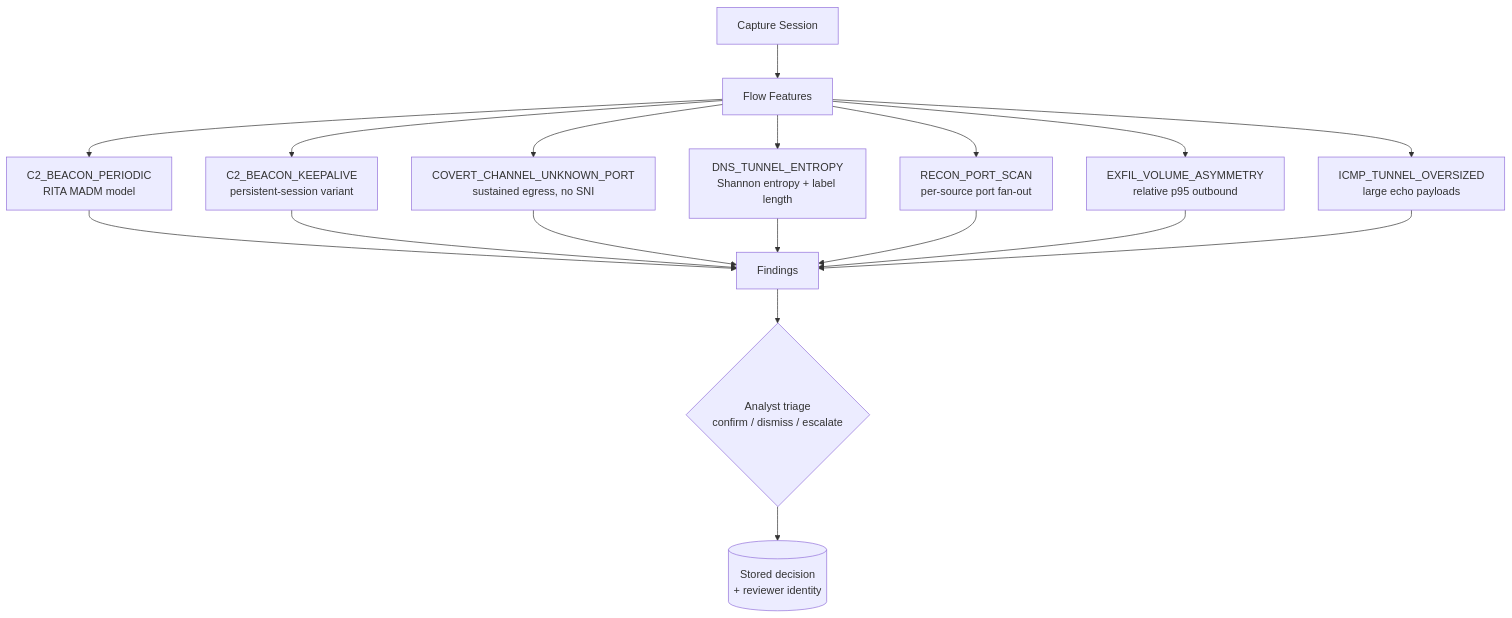
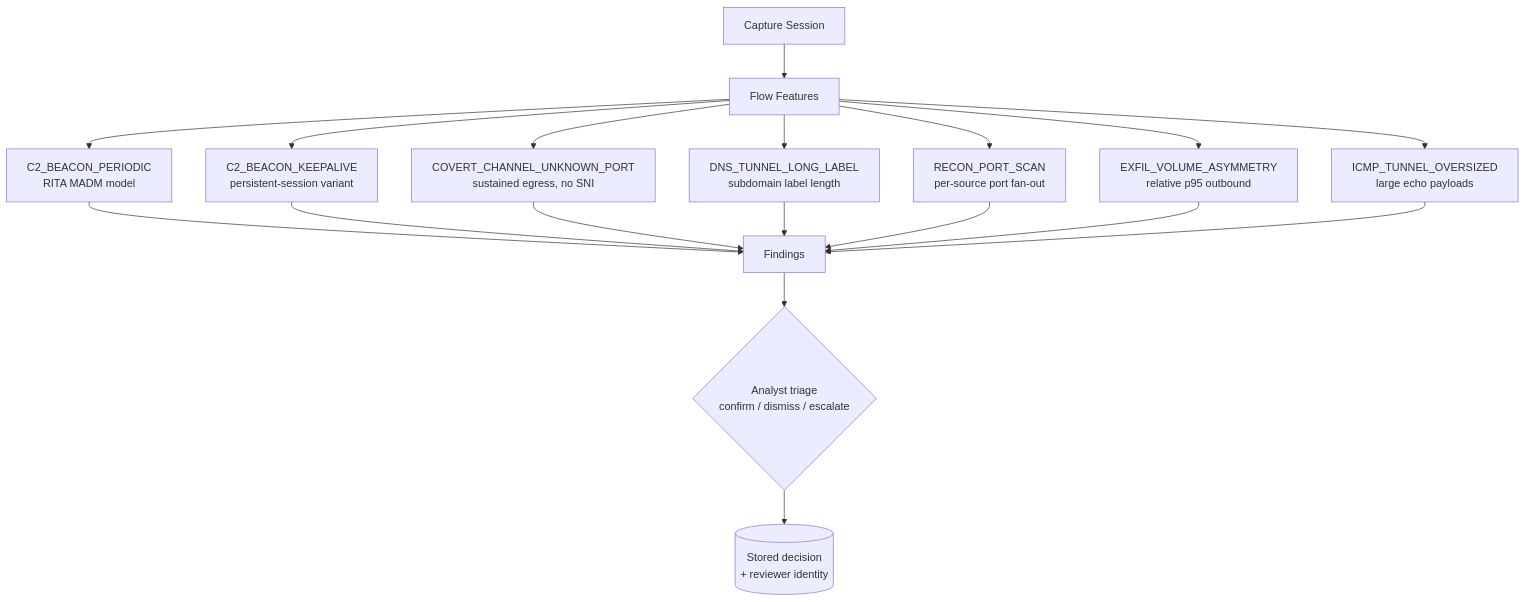
Before and after one commit to MuhammedZuhayr/NetForensiq: the fourth of 5 diagrams in README.md, drawn with Mermaid. The commit also changed other lines of this file and 15 other files, not shown here.

````diff
--- a/README.md
+++ b/README.md
@@ -171,22 +171,22 @@
 ```mermaid
 flowchart TD
     S[Capture Session] --> A[Flow Features]
     A --> R1["C2_BEACON_PERIODIC<br/>RITA MADM model"]
     A --> R2["C2_BEACON_KEEPALIVE<br/>persistent-session variant"]
     A --> R3["COVERT_CHANNEL_UNKNOWN_PORT<br/>sustained egress, no SNI"]
-    A --> R4["DNS_TUNNEL_ENTROPY<br/>Shannon entropy + label length"]
+    A --> R4["DNS_TUNNEL_LONG_LABEL<br/>subdomain label length"]
     A --> R5["RECON_PORT_SCAN<br/>per-source port fan-out"]
     A --> R6["EXFIL_VOLUME_ASYMMETRY<br/>relative p95 outbound"]
     A --> R7["ICMP_TUNNEL_OVERSIZED<br/>large echo payloads"]
 
     R1 --> F[Findings]
     R2 --> F
     R3 --> F
     R4 --> F
     R5 --> F
     R6 --> F
     R7 --> F
 
     F --> T{"Analyst triage<br/>confirm / dismiss / escalate"}
     T --> D[(Stored decision<br/>+ reviewer identity)]
 ```
````
